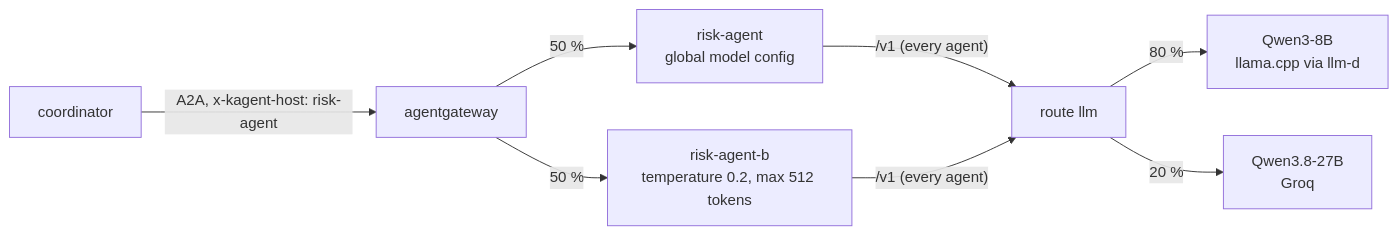
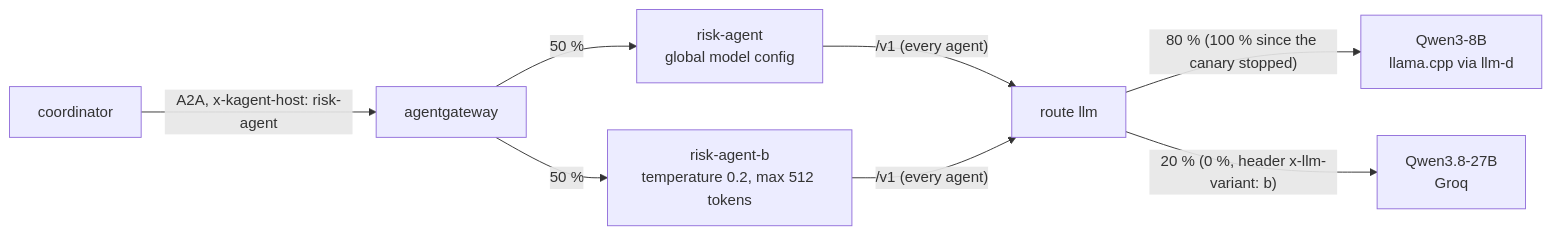
The diagram in docs/ab_testing.md (cvinhnguyen/card-fraud-platform), drawn with Mermaid before and after one commit. The commit also changed other lines of this file and 9 other files, not shown here.

First line of the commit message:
P10: stop the LLM canary, eval gate and Laya triage results

````diff
--- a/docs/ab_testing.md
+++ b/docs/ab_testing.md
@@ -7,9 +7,9 @@
 ```mermaid
 flowchart LR
     co["coordinator"] -->|"A2A, x-kagent-host: risk-agent"| gw["agentgateway"]
     gw -->|50 %| ra["risk-agent<br/>global model config"]
     gw -->|50 %| rb["risk-agent-b<br/>temperature 0.2, max 512 tokens"]
     ra & rb -->|"/v1 (every agent)"| llm["route llm"]
-    llm -->|80 %| a["Qwen3-8B<br/>llama.cpp via llm-d"]
-    llm -->|20 %| b["Qwen3.8-27B<br/>Groq"]
+    llm -->|"80 % (100 % since the canary stopped)"| a["Qwen3-8B<br/>llama.cpp via llm-d"]
+    llm -->|"20 % (0 %, header x-llm-variant: b)"| b["Qwen3.8-27B<br/>Groq"]
 ```
````
